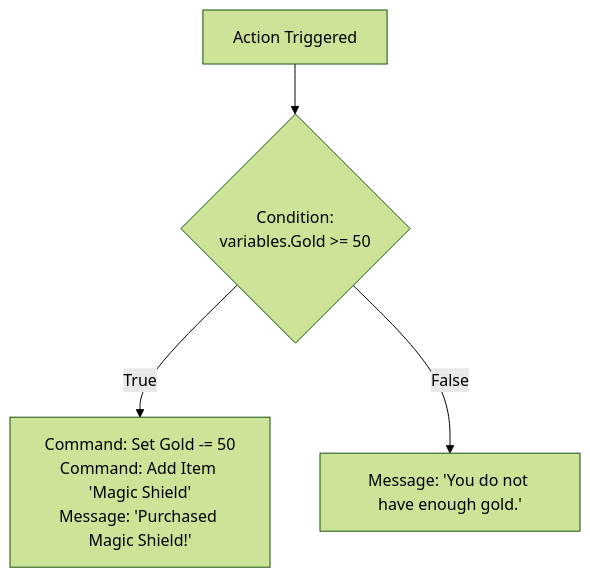
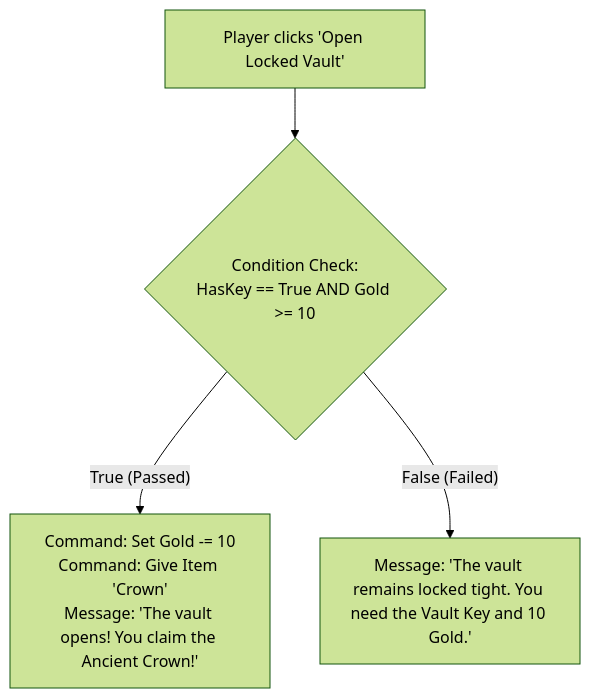
One commit to slanesteve/RagNext-Game-Designer changed the second of 2 diagrams in docs/Chapter_04_Variables_Expressions_Dynamic_Text.md. Above: the diagram before and after it, drawn with Mermaid (forest theme). The commit also changed other lines of this file and 9 other files, not shown here.

````diff
--- a/docs/Chapter_04_Variables_Expressions_Dynamic_Text.md
+++ b/docs/Chapter_04_Variables_Expressions_Dynamic_Text.md
@@ -59,6 +98,6 @@
 ```mermaid
 flowchart TD
-    A["Action Triggered"] --> B{"Condition:<br/>variables.Gold >= 50"}
-    B -- True --> C["Command: Set Gold -= 50<br/>Command: Add Item 'Magic Shield'<br/>Message: 'Purchased Magic Shield!'"]
-    B -- False --> D["Message: 'You do not have enough gold.'"]
+    A["Player clicks 'Open Locked Vault'"] --> B{"Condition Check:<br/>HasKey == True AND Gold >= 10"}
+    B -- True (Passed) --> C["Command: Set Gold -= 10<br/>Command: Give Item 'Crown'<br/>Message: 'The vault opens! You claim the Ancient Crown!'"]
+    B -- False (Failed) --> D["Message: 'The vault remains locked tight. You need the Vault Key and 10 Gold.'"]
 ```
````
